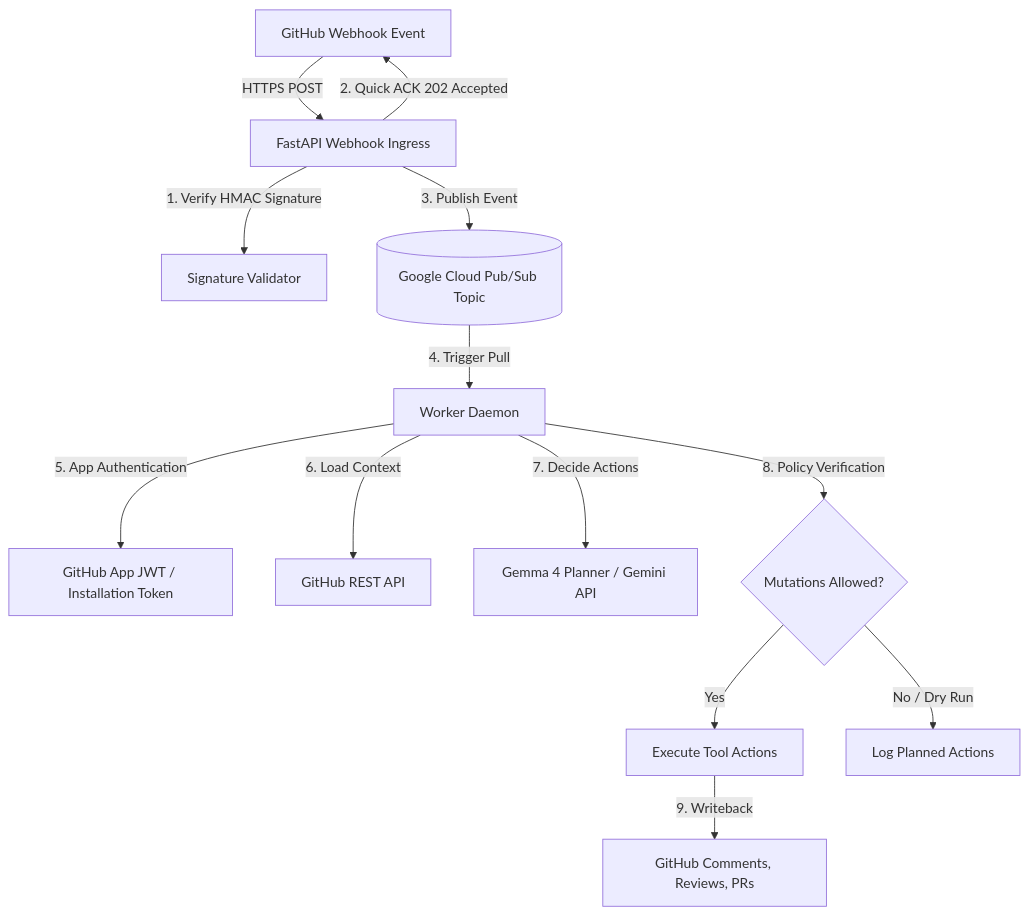
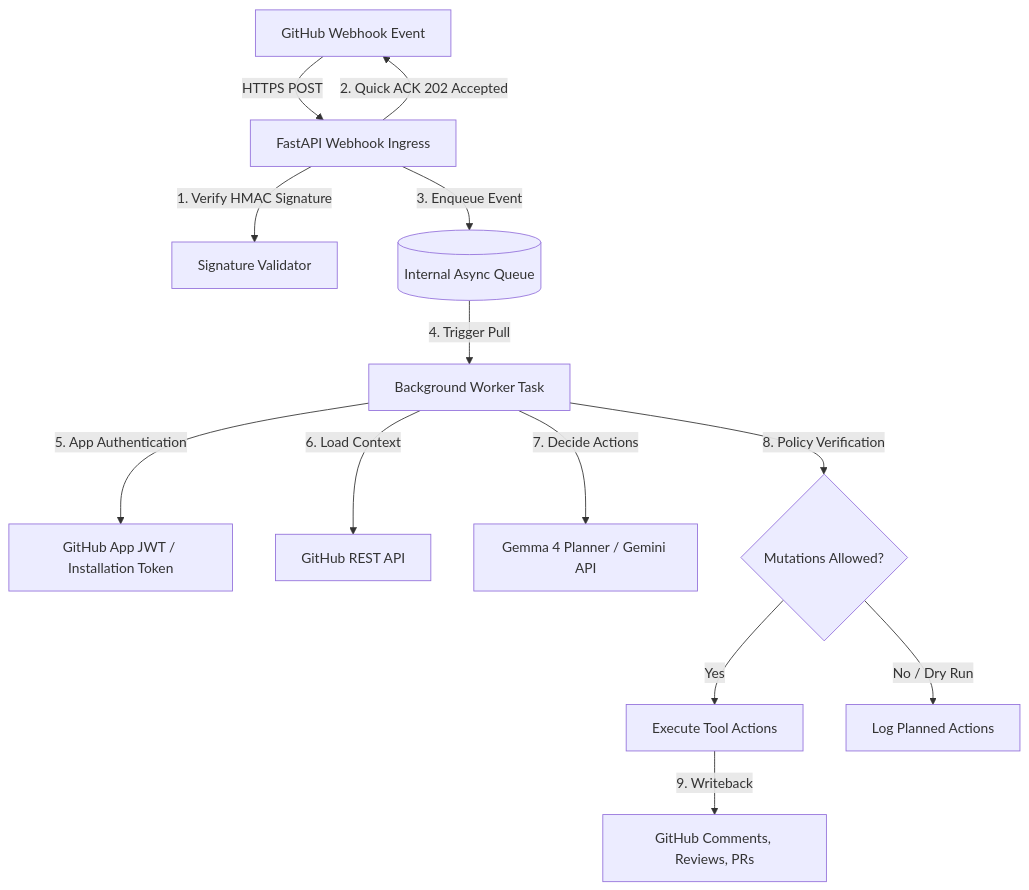
The diagram in README.md (cgj8702-org/hannibal-hub-agents), drawn with Mermaid before and after one commit. The commit also changed other lines of this file, not shown here.

Commit message:
docs: update README for unified server architecture

````diff
--- a/README.md
+++ b/README.md
@@ -11,17 +11,17 @@
 ```mermaid
 flowchart TD
     GH[GitHub Webhook Event] -->|HTTPS POST| Ingress[FastAPI Webhook Ingress]
     Ingress -->|1. Verify HMAC Signature| Auth[Signature Validator]
     Ingress -->|2. Quick ACK 202 Accepted| GH
-    Ingress -->|3. Publish Event| PS[(Google Cloud Pub/Sub Topic)]
+    Ingress -->|3. Enqueue Event| Queue[(Internal Async Queue)]
     
-    PS -->|4. Trigger Pull| Worker[Worker Daemon]
+    Queue -->|4. Trigger Pull| Worker[Background Worker Task]
     Worker -->|5. App Authentication| Creds[GitHub App JWT / Installation Token]
     Worker -->|6. Load Context| GH_API[GitHub REST API]
     Worker -->|7. Decide Actions| Gemma[Gemma 4 Planner / Gemini API]
     Worker -->|8. Policy Verification| Policy{Mutations Allowed?}
     Policy -->|Yes| Exec[Execute Tool Actions]
     Policy -->|No / Dry Run| Log[Log Planned Actions]
     
     Exec -->|9. Writeback| GH_Write[GitHub Comments, Reviews, PRs]
 ```
````
